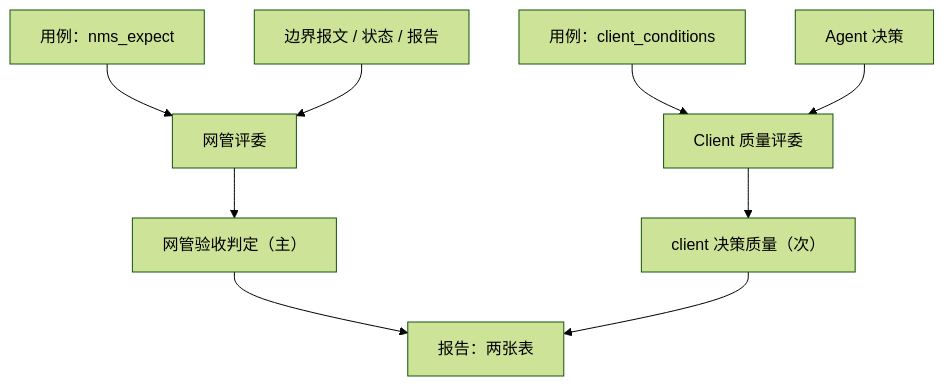
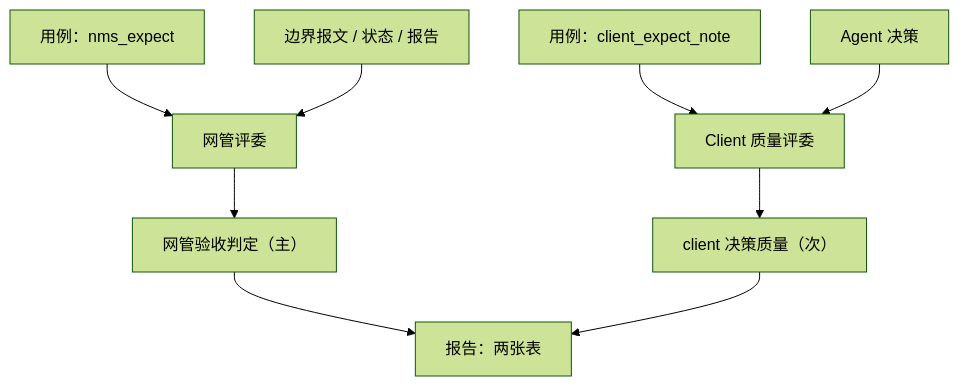
Before and after one commit to project-openan/a2a-t-sdk-python: the tenth of 11 diagrams in a2a-t-sample/ran-energy-saving/TESTER-ARCHITECTURE.md, drawn with Mermaid (forest theme). The commit also changed other lines of this file, not shown here.

Commit message:
docs(ran-energy-saving): split client decision input into shared principles and optional case instructions

````diff
--- a/a2a-t-sample/ran-energy-saving/TESTER-ARCHITECTURE.md
+++ b/a2a-t-sample/ran-energy-saving/TESTER-ARCHITECTURE.md
@@ -375,13 +393,13 @@
 ```mermaid
 flowchart TD
   C["用例：nms_expect"] --> JN["网管评委"]
   E["边界报文 / 状态 / 报告"] --> JN
   JN --> DN["网管验收判定（主）"]
 
-  CC["用例：client_conditions"] --> JC["Client 质量评委"]
+  CC["用例：client_expect_note"] --> JC["Client 质量评委"]
   A["Agent 决策"] --> JC
   JC --> DC["client 决策质量（次）"]
 
   DN --> R["报告：两张表"]
   DC --> R
 ```
````
